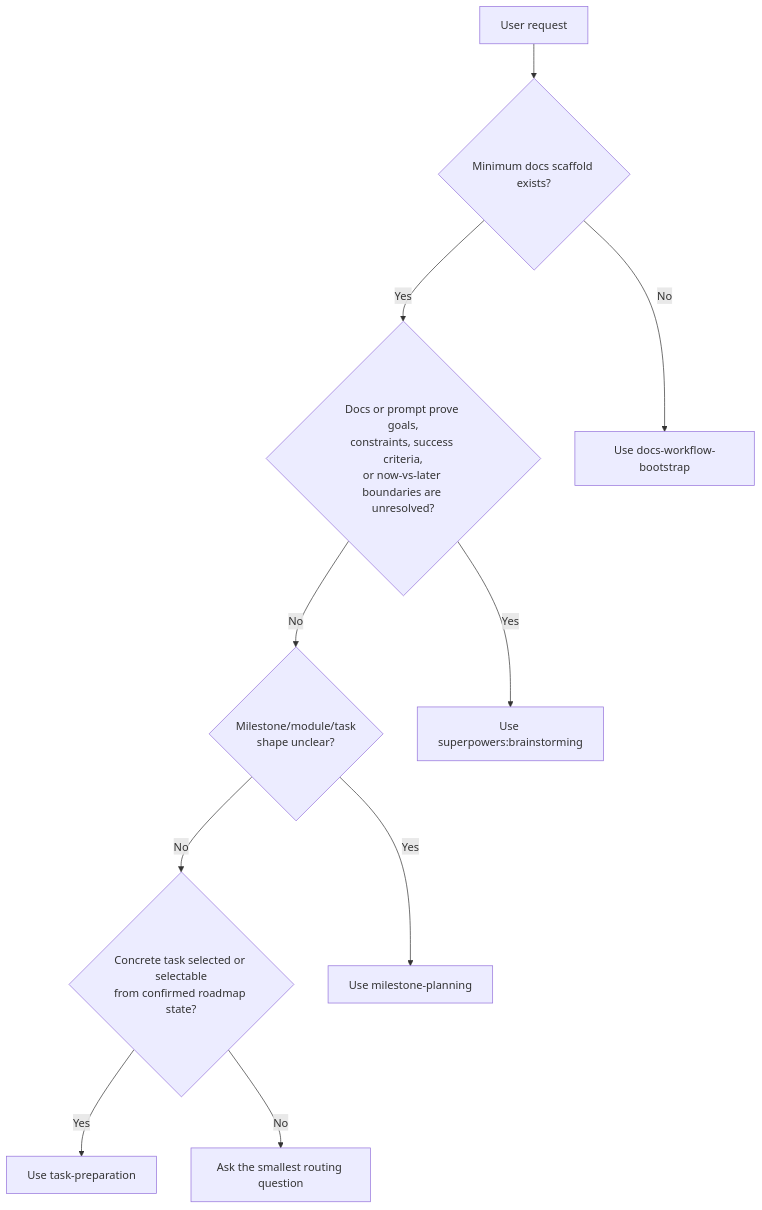
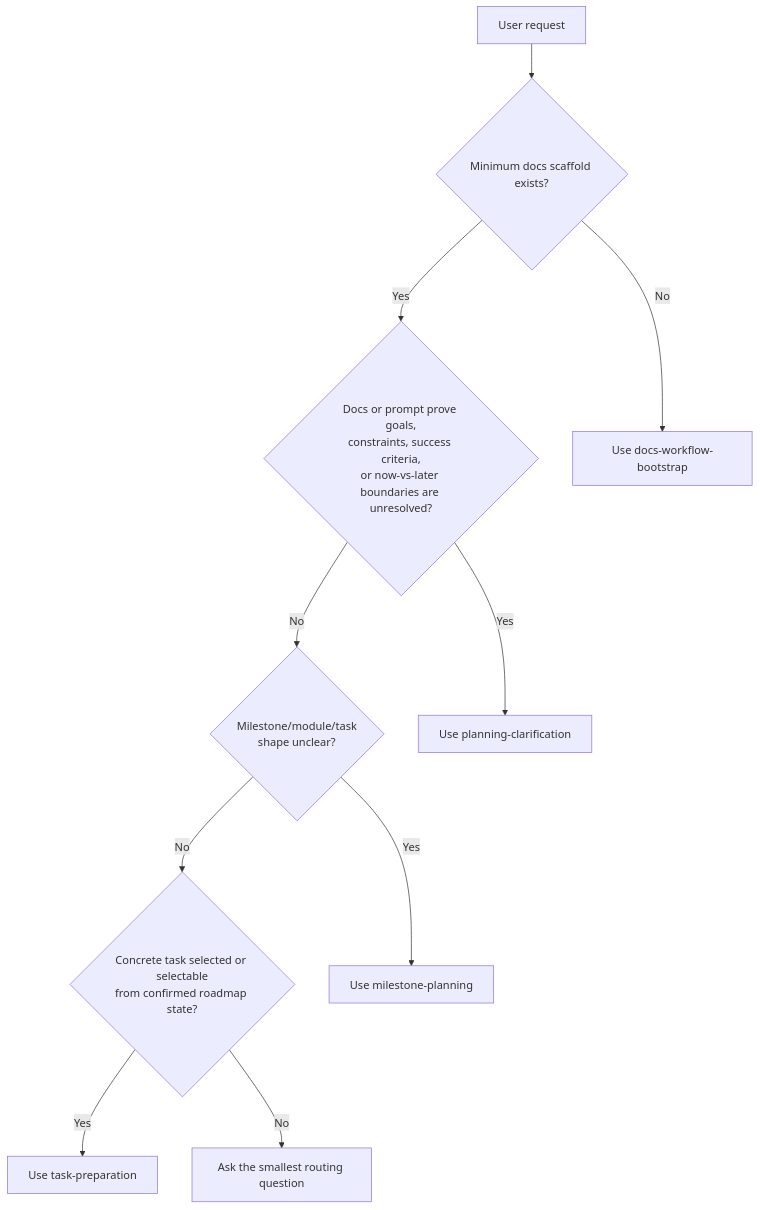
One commit to Adol1111/doc-driven-spec-workflow changed the second of 7 diagrams in WORKFLOW-STRUCTURE.md. Above: the diagram before and after it, drawn with Mermaid. The commit also changed other lines of this file and 2 other files, not shown here.

````diff
--- a/WORKFLOW-STRUCTURE.md
+++ b/WORKFLOW-STRUCTURE.md
@@ -47,23 +47,23 @@
 ```mermaid
 flowchart TD
     Start[User request]
     Scaffold{Minimum docs scaffold exists?}
     Ambiguous{Docs or prompt prove goals,\nconstraints, success criteria,\nor now-vs-later boundaries are unresolved?}
     Roadmap{Milestone/module/task\nshape unclear?}
     TaskReady{Concrete task selected or selectable\nfrom confirmed roadmap state?}
     Bootstrap[Use docs-workflow-bootstrap]
-    Brainstorm[Use superpowers:brainstorming]
+    Brainstorm[Use planning-clarification]
     Milestone[Use milestone-planning]
     Preparation[Use task-preparation]
     Ask[Ask the smallest routing question]
 
     Start --> Scaffold
     Scaffold -- No --> Bootstrap
     Scaffold -- Yes --> Ambiguous
     Ambiguous -- Yes --> Brainstorm
     Ambiguous -- No --> Roadmap
     Roadmap -- Yes --> Milestone
     Roadmap -- No --> TaskReady
     TaskReady -- Yes --> Preparation
     TaskReady -- No --> Ask
 ```
````
